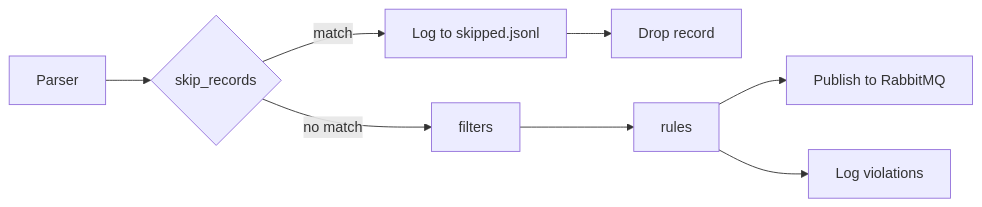
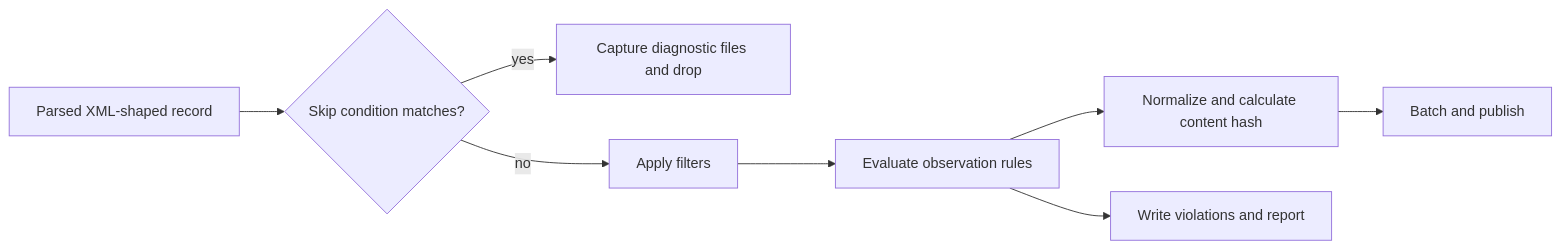
One commit to groovemap-music/catalog-ingestion changed the diagram in docs/extraction-rules-guide.md. Above: the diagram before and after it, drawn with Mermaid. The commit also changed other lines of this file and 8 other files, not shown here.

````diff
--- a/docs/extraction-rules-guide.md
+++ b/docs/extraction-rules-guide.md
@@ -38,10 +41,10 @@
 ```mermaid
-graph LR
-    A[Parser] --> B{skip_records}
-    B -->|match| C[Log to skipped.jsonl]
-    C --> D[Drop record]
-    B -->|no match| E[filters]
-    E --> F[rules]
-    F --> G[Publish to RabbitMQ]
-    F --> H[Log violations]
+flowchart LR
+    P[Parsed XML-shaped record] --> S{Skip condition matches?}
+    S -->|yes| C[Capture diagnostic files and drop]
+    S -->|no| F[Apply filters]
+    F --> V[Evaluate observation rules]
+    V --> N[Normalize and calculate content hash]
+    N --> B[Batch and publish]
+    V --> O[Write violations and report]
 ```
````
